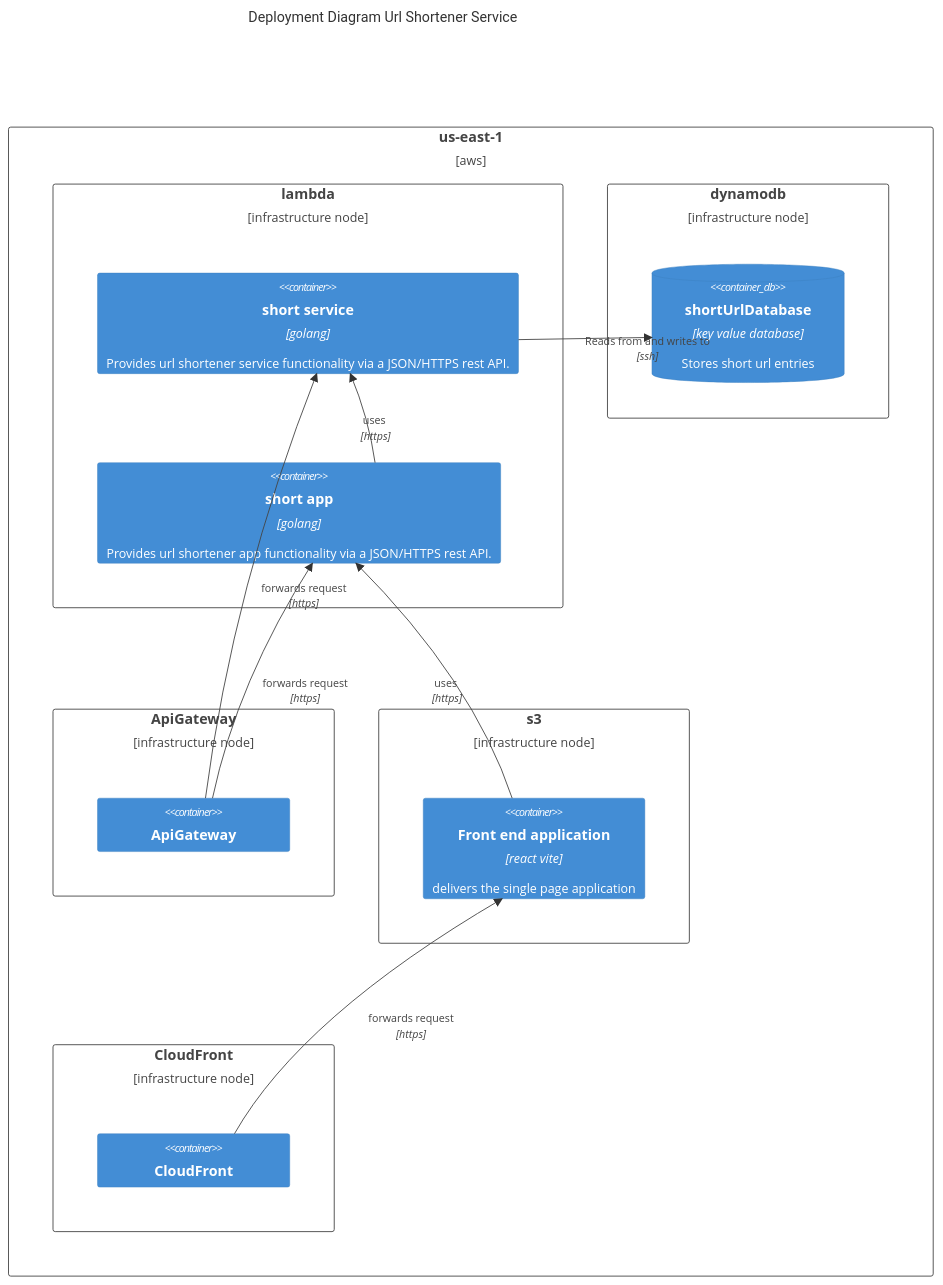
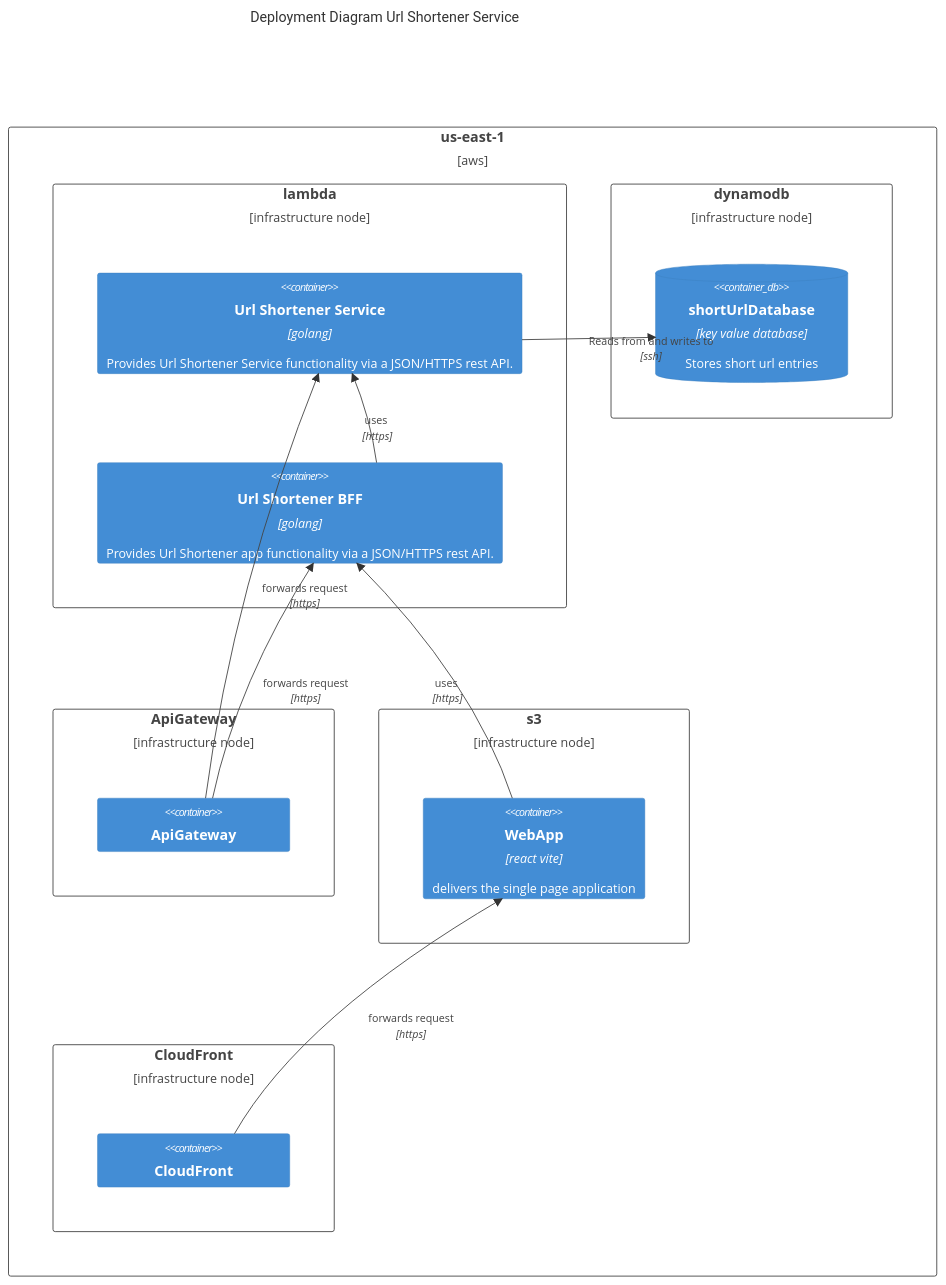
The diagram in doc/deployment.md (vzsoares/shortener), drawn with Mermaid before and after one commit. The commit also changed 4 other files, not shown here.

````diff
--- a/doc/deployment.md
+++ b/doc/deployment.md
@@ -1,37 +1,37 @@
 ```mermaid
 C4Deployment
 
 title Deployment Diagram Url Shortener Service
 
 Deployment_Node(aws, "us-east-1", "aws"){
 
     Deployment_Node(lambda, "lambda", "infrastructure node"){
-        Container(sservice, "short service", "golang", "Provides url shortener service functionality via a JSON/HTTPS rest API.")
-        Container(sapp, "short app", "golang", "Provides url shortener app functionality via a JSON/HTTPS rest API.")
+        Container(sservice, "Url Shortener Service", "golang", "Provides Url Shortener Service functionality via a JSON/HTTPS rest API.")
+        Container(sapp, "Url Shortener BFF", "golang", "Provides Url Shortener app functionality via a JSON/HTTPS rest API.")
     }
     Deployment_Node(dynamo, "dynamodb", "infrastructure node"){
             ContainerDb(db, "shortUrlDatabase", "key value database", "Stores short url entries")
     }
 
 
 
     Deployment_Node(apigateway, "ApiGateway", "infrastructure node"){
             Container(apigatewayN, "ApiGateway")
     }
     Deployment_Node(s3, "s3", "infrastructure node"){
-        Container(frontend, "Front end application", "react vite", "delivers the single page application")
+        Container(frontend, "WebApp", "react vite", "delivers the single page application")
     }
     Deployment_Node(cloudfront, "CloudFront", "infrastructure node"){
             Container(cloudfront, "CloudFront")
     }
 }
 
 
 Rel(sservice, db, "Reads from and writes to", "ssh")
 Rel(frontend, sapp, "uses", "https")
 Rel(cloudfront, frontend, "forwards request", "https")
 Rel(sapp, sservice, "uses", "https")
 Rel(apigatewayN, sapp, "forwards request", "https")
 Rel(apigatewayN, sservice, "forwards request", "https")
 
 ```
````
